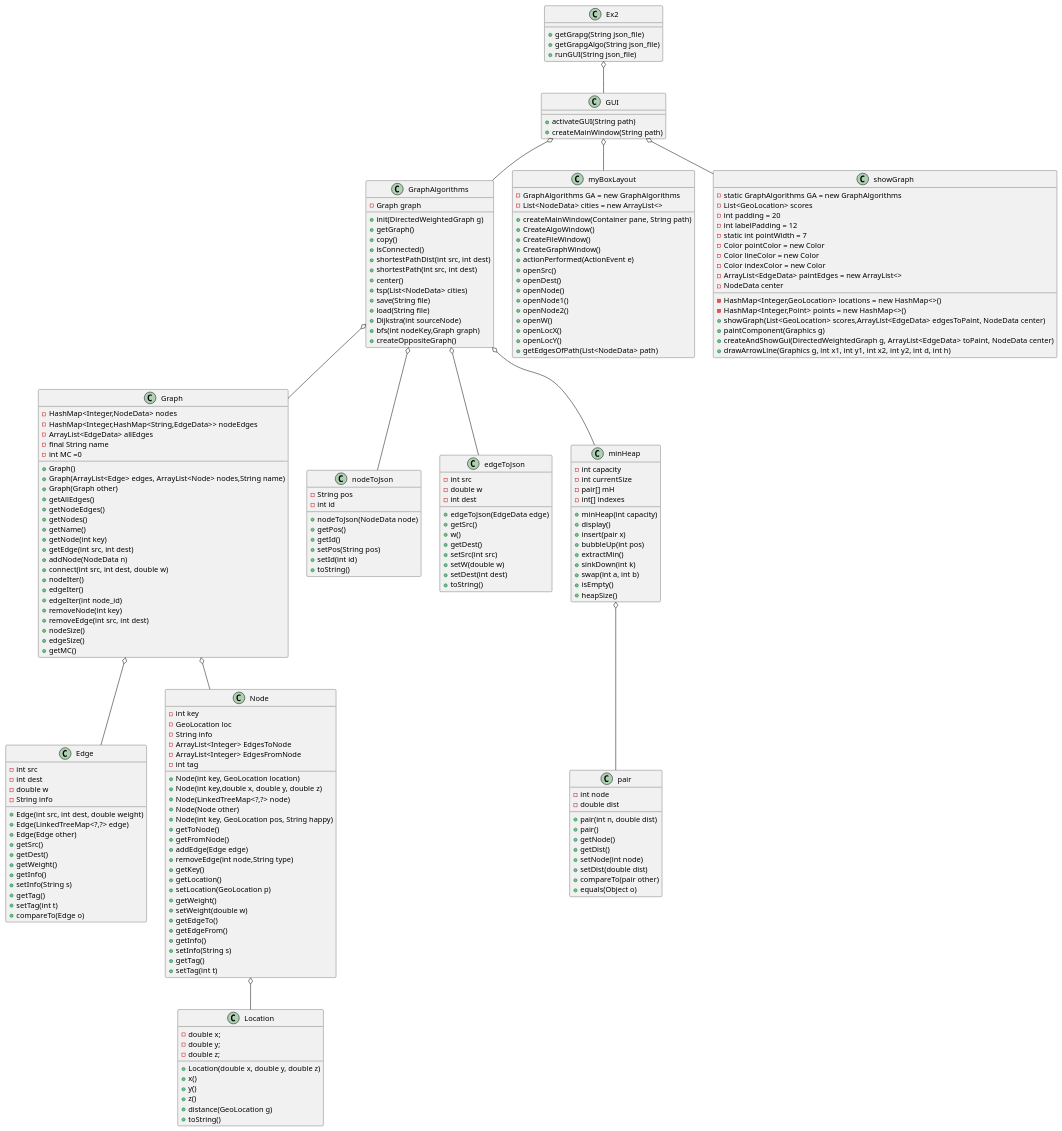
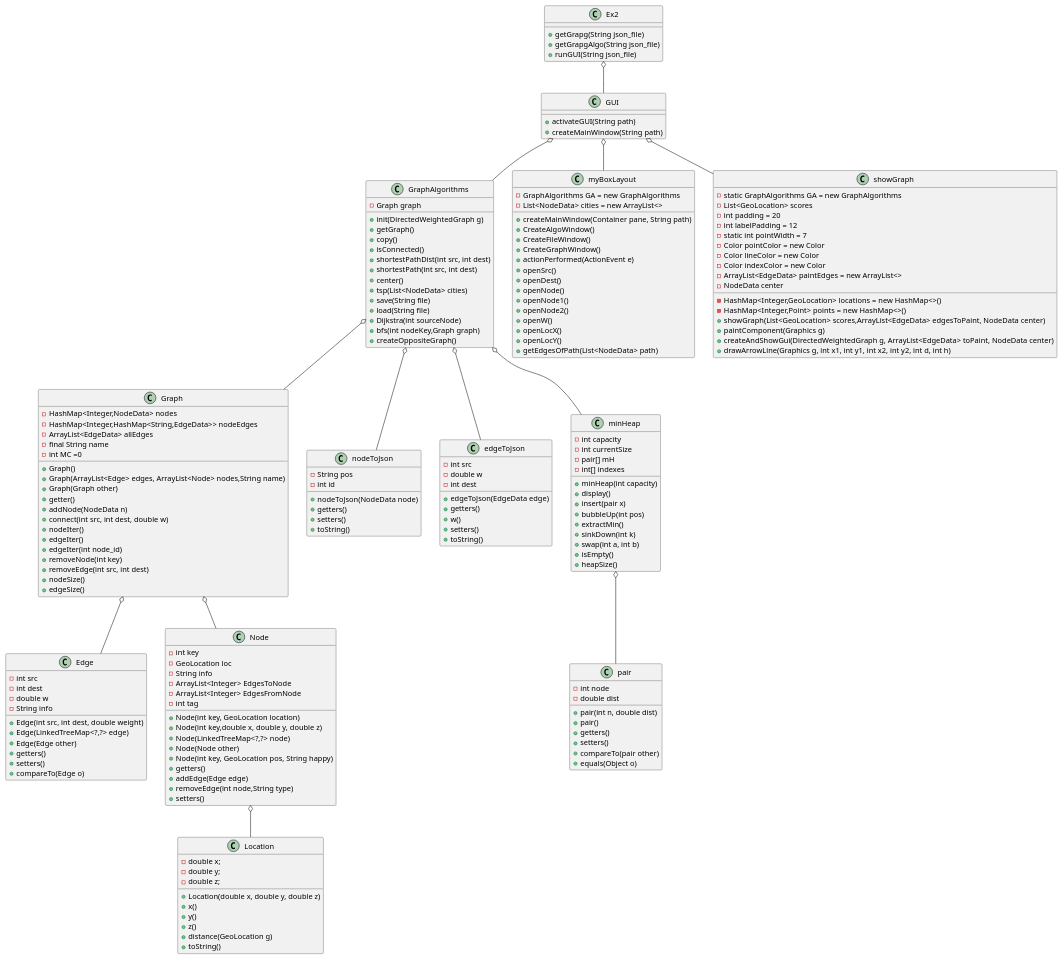
One commit to TaliaSeada/Ex2_OOP changed the diagram in Diagram.puml. Above: the diagram before and after it, drawn with PlantUML. The commit also changed 1 other file, not shown here.

Commit message:
ReadMe update, UML update

```diff
--- a/Diagram.puml
+++ b/Diagram.puml
@@ -89,12 +89,7 @@
 +Graph()
 +Graph(ArrayList<Edge> edges, ArrayList<Node> nodes,String name)
 +Graph(Graph other)
-+getAllEdges()
-+getNodeEdges()
-+getNodes()
-+getName()
-+getNode(int key)
-+getEdge(int src, int dest)
++getter()
 +addNode(NodeData n)
 +connect(int src, int dest, double w)
 +nodeIter()
@@ -104,17 +99,14 @@
 +removeEdge(int src, int dest)
 +nodeSize()
 +edgeSize()
-+getMC()
 }
 
 class nodeToJson {
 - String pos
 - int id
 +nodeToJson(NodeData node)
-+getPos()
-+getId()
-+setPos(String pos)
-+setId(int id)
++getters()
++setters()
 +toString()
 }
 
@@ -123,12 +115,9 @@
 - double w
 - int dest
 +edgeToJson(EdgeData edge)
-+getSrc()
++getters()
 +w()
-+getDest()
-+setSrc(int src)
-+setW(double w)
-+setDest(int dest)
++setters()
 +toString()
 }
 
@@ -153,10 +142,8 @@
 -double dist
 +pair(int n, double dist)
 +pair()
-+getNode()
-+getDist()
-+setNode(int node)
-+setDist(double dist)
++getters()
++setters()
 +compareTo(pair other)
 +equals(Object o)
 }
@@ -173,21 +160,10 @@
 +Node(LinkedTreeMap<?,?> node)
 +Node(Node other)
 +Node(int key, GeoLocation pos, String happy)
-+getToNode()
-+getFromNode()
++getters()
 +addEdge(Edge edge)
 +removeEdge(int node,String type)
-+getKey()
-+getLocation()
-+setLocation(GeoLocation p)
-+getWeight()
-+setWeight(double w)
-+getEdgeTo()
-+getEdgeFrom()
-+getInfo()
-+setInfo(String s)
-+getTag()
-+setTag(int t)
++setters()
 }
 
 class Edge {
@@ -198,13 +174,8 @@
 +Edge(int src, int dest, double weight)
 +Edge(LinkedTreeMap<?,?> edge)
 +Edge(Edge other)
-+getSrc()
-+getDest()
-+getWeight()
-+getInfo()
-+setInfo(String s)
-+getTag()
-+setTag(int t)
++getters()
++setters()
 +compareTo(Edge o)
 }
 
```
